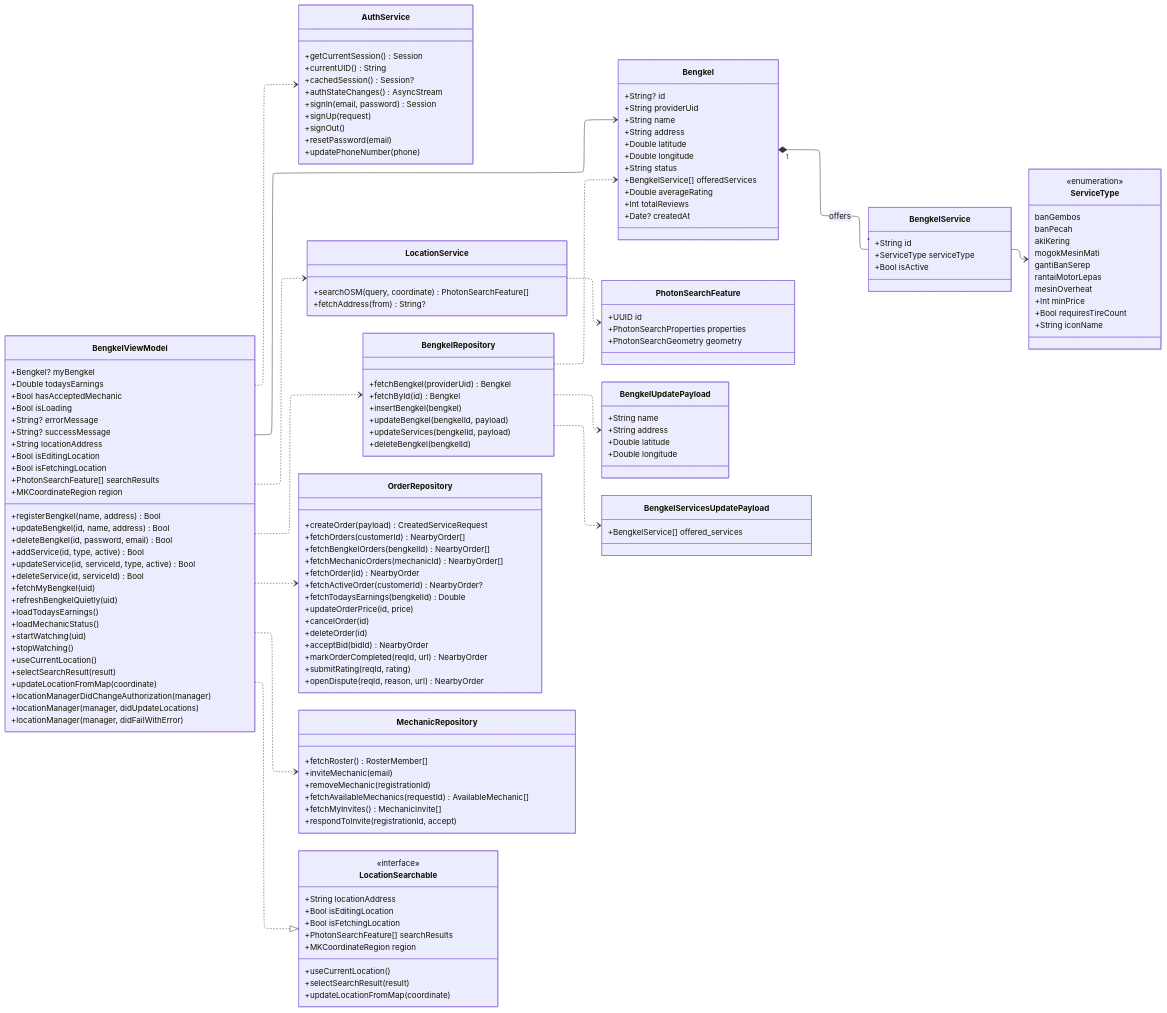
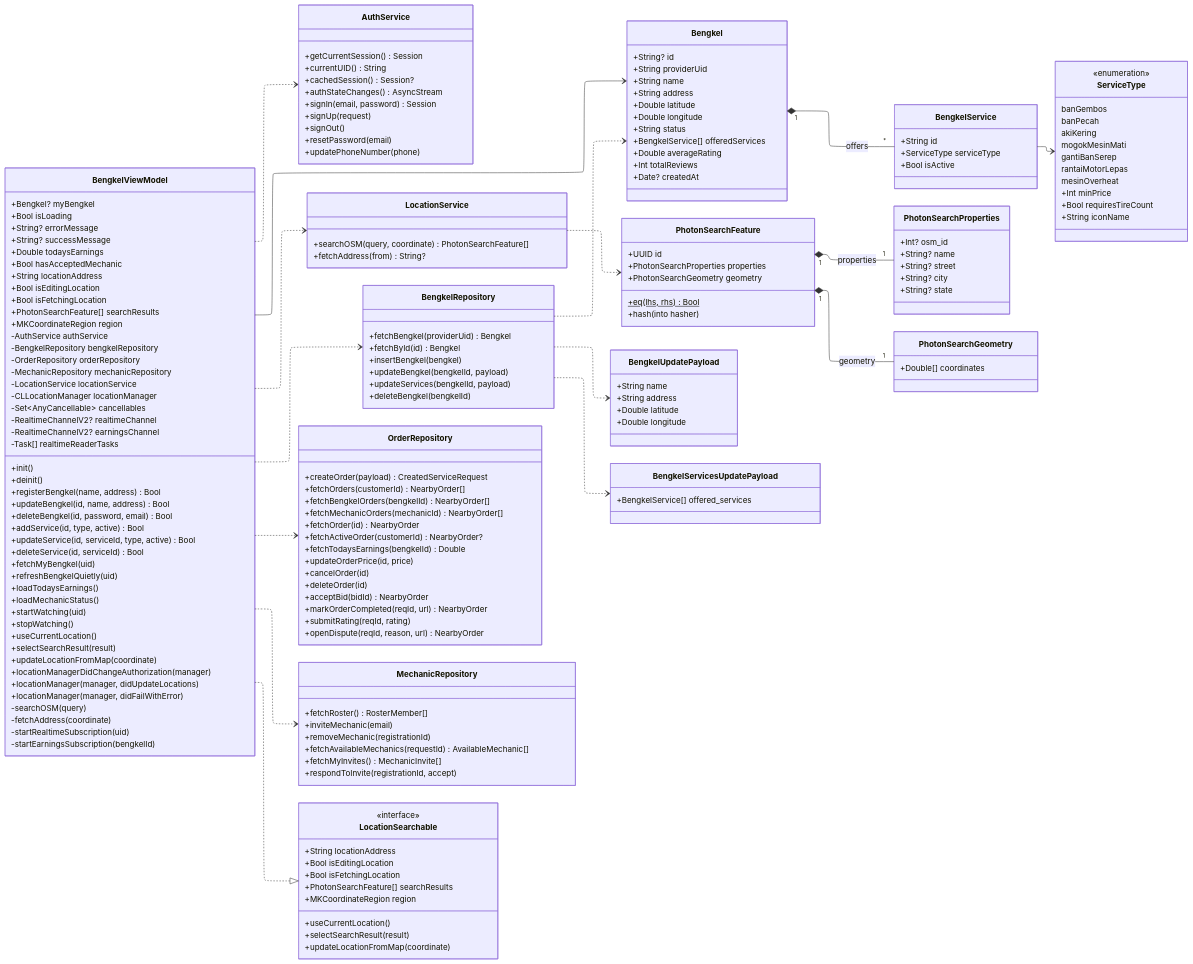
Before and after one commit to rei-soemanto/BengkelIn_SE: the fourth of 12 diagrams in diagram/feature-class-diagrams.md, drawn with Mermaid. The commit also changed other lines of this file and 17 other files, not shown here.

Commit message:
more accurate class diagram

```diff
--- a/diagram/feature-class-diagrams.md
+++ b/diagram/feature-class-diagrams.md
@@ -334,16 +344,28 @@
     }
     class BengkelViewModel {
         +Bengkel? myBengkel
-        +Double todaysEarnings
-        +Bool hasAcceptedMechanic
         +Bool isLoading
         +String? errorMessage
         +String? successMessage
+        +Double todaysEarnings
+        +Bool hasAcceptedMechanic
         +String locationAddress
         +Bool isEditingLocation
         +Bool isFetchingLocation
         +PhotonSearchFeature[] searchResults
         +MKCoordinateRegion region
+        -AuthService authService
+        -BengkelRepository bengkelRepository
+        -OrderRepository orderRepository
+        -MechanicRepository mechanicRepository
+        -LocationService locationService
+        -CLLocationManager locationManager
+        -Set~AnyCancellable~ cancellables
+        -RealtimeChannelV2? realtimeChannel
+        -RealtimeChannelV2? earningsChannel
+        -Task[] realtimeReaderTasks
+        +init()
+        +deinit()
         +registerBengkel(name, address) Bool
         +updateBengkel(id, name, address) Bool
         +deleteBengkel(id, password, email) Bool
@@ -362,6 +384,10 @@
         +locationManagerDidChangeAuthorization(manager)
         +locationManager(manager, didUpdateLocations)
         +locationManager(manager, didFailWithError)
+        -searchOSM(query)
+        -fetchAddress(coordinate)
+        -startRealtimeSubscription(uid)
+        -startEarningsSubscription(bengkelId)
     }
     class LocationSearchable {
         <<interface>>
@@ -396,6 +422,18 @@
         +UUID id
         +PhotonSearchProperties properties
         +PhotonSearchGeometry geometry
+        +eq(lhs, rhs) Bool$
+        +hash(into hasher)
+    }
+    class PhotonSearchProperties {
+        +Int? osm_id
+        +String? name
+        +String? street
+        +String? city
+        +String? state
+    }
+    class PhotonSearchGeometry {
+        +Double[] coordinates
     }
     class BengkelUpdatePayload {
         +String name
@@ -418,6 +456,8 @@
     BengkelRepository ..> BengkelUpdatePayload
     BengkelRepository ..> BengkelServicesUpdatePayload
     LocationService ..> PhotonSearchFeature
+    PhotonSearchFeature "1" *-- "1" PhotonSearchProperties : properties
+    PhotonSearchFeature "1" *-- "1" PhotonSearchGeometry : geometry
     Bengkel "1" *-- "*" BengkelService : offers
     BengkelService --> ServiceType
 
```
